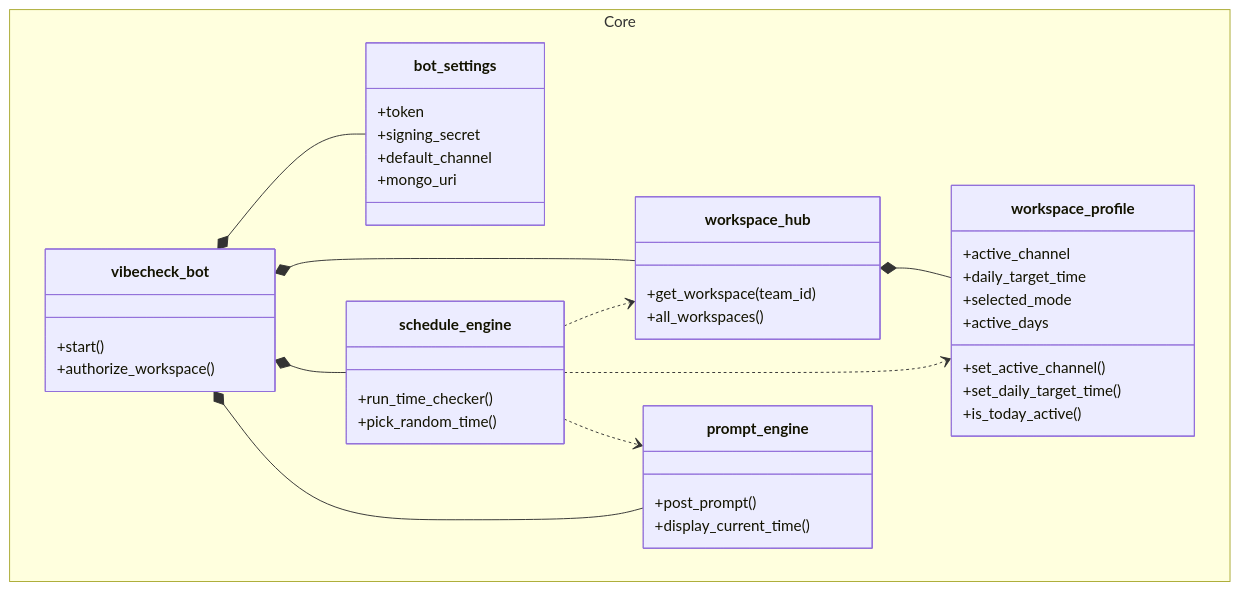
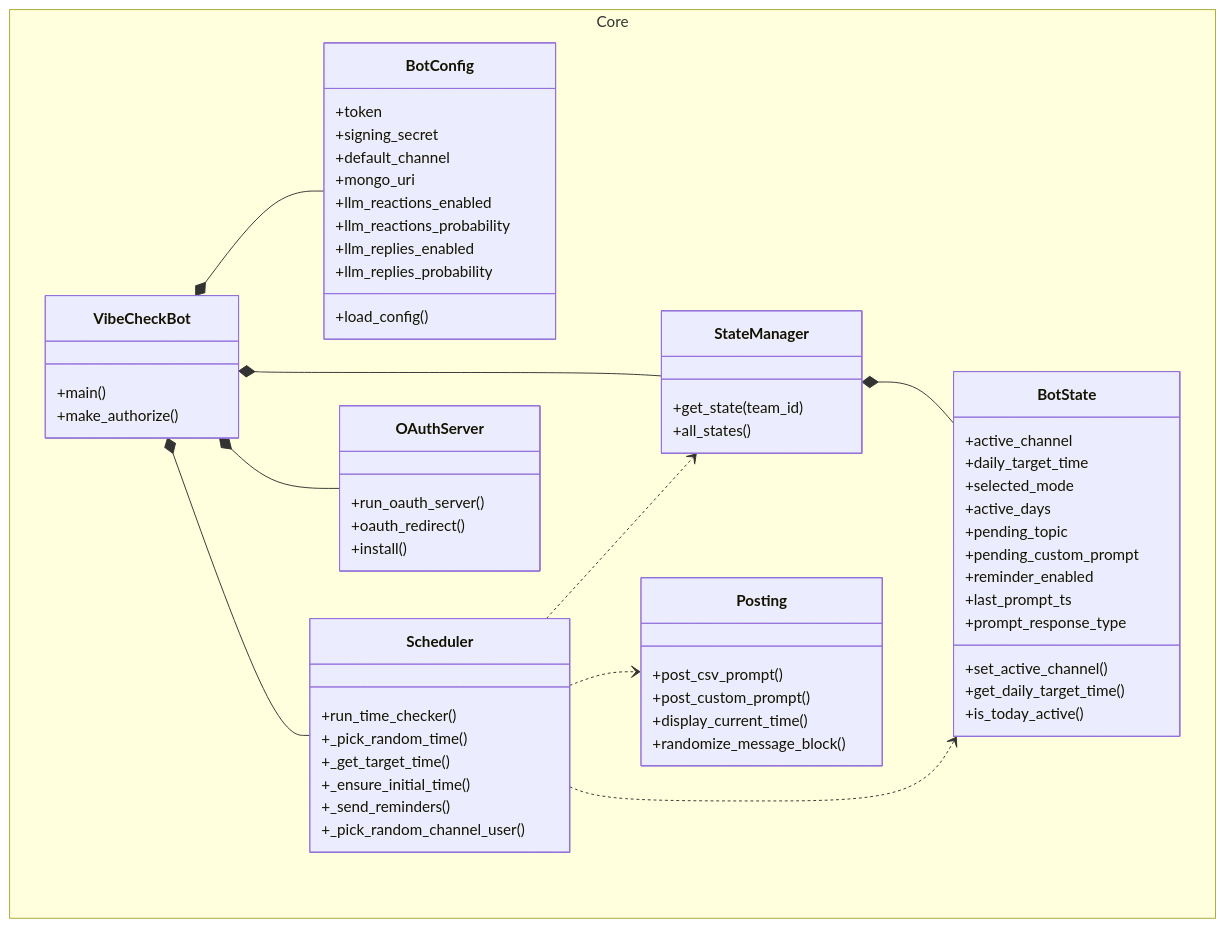
Before and after one commit to Capstone-Projects-2026-spring/project-bereal-chatbot: the second of 4 diagrams in documentation/docs/system-architecture/class-diagram.md, drawn with Mermaid. The commit also changed other lines of this file, not shown here.

Commit message:
updated class diagram and removed deprecated slack adapter class

````diff
--- a/documentation/docs/system-architecture/class-diagram.md
+++ b/documentation/docs/system-architecture/class-diagram.md
@@ -73,51 +73,73 @@
 ```mermaid
 classDiagram
 direction TB
     namespace Core {
-        class vibecheck_bot {
-            +start()
-            +authorize_workspace()
+        class VibeCheckBot {
+            +main()
+            +make_authorize()
         }
 
-        class bot_settings {
+        class BotConfig {
             +token
             +signing_secret
             +default_channel
             +mongo_uri
+            +llm_reactions_enabled
+            +llm_reactions_probability
+            +llm_replies_enabled
+            +llm_replies_probability
+            +load_config()
         }
 
-        class workspace_hub {
-            +get_workspace(team_id)
-            +all_workspaces()
+        class StateManager {
+            +get_state(team_id)
+            +all_states()
         }
 
-        class workspace_profile {
+        class BotState {
             +active_channel
             +daily_target_time
             +selected_mode
             +active_days
+            +pending_topic
+            +pending_custom_prompt
+            +reminder_enabled
+            +last_prompt_ts
+            +prompt_response_type
             +set_active_channel()
-            +set_daily_target_time()
+            +get_daily_target_time()
             +is_today_active()
         }
 
-        class schedule_engine {
+        class Scheduler {
             +run_time_checker()
-            +pick_random_time()
+            +_pick_random_time()
+            +_get_target_time()
+            +_ensure_initial_time()
+            +_send_reminders()
+            +_pick_random_channel_user()
         }
 
-        class prompt_engine {
-            +post_prompt()
+        class Posting {
+            +post_csv_prompt()
+            +post_custom_prompt()
             +display_current_time()
+            +randomize_message_block()
+        }
+
+        class OAuthServer {
+            +run_oauth_server()
+            +oauth_redirect()
+            +install()
         }
     }
 
-    vibecheck_bot *-- bot_settings
-    vibecheck_bot *-- workspace_hub
-    vibecheck_bot *-- schedule_engine
-    vibecheck_bot *-- prompt_engine
-    workspace_hub *-- workspace_profile
-    schedule_engine ..> workspace_hub
-    schedule_engine ..> workspace_profile
-    schedule_engine ..> prompt_engine
+    VibeCheckBot *-- BotConfig
+    VibeCheckBot *-- StateManager
+    VibeCheckBot *-- Scheduler
+    VibeCheckBot *-- OAuthServer
+    StateManager *-- BotState
+    Scheduler ..> StateManager
+    Scheduler ..> BotState
+    Scheduler ..> Posting
 ```
````
